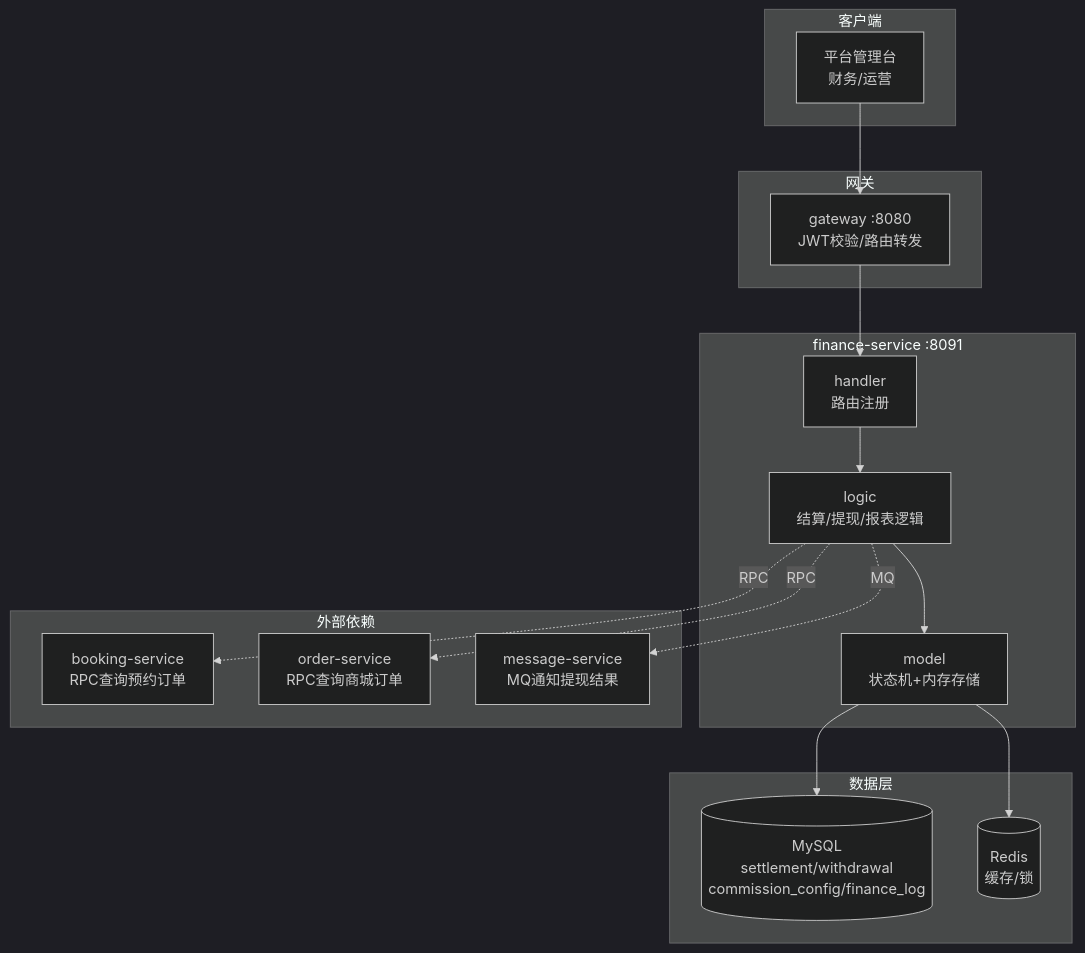
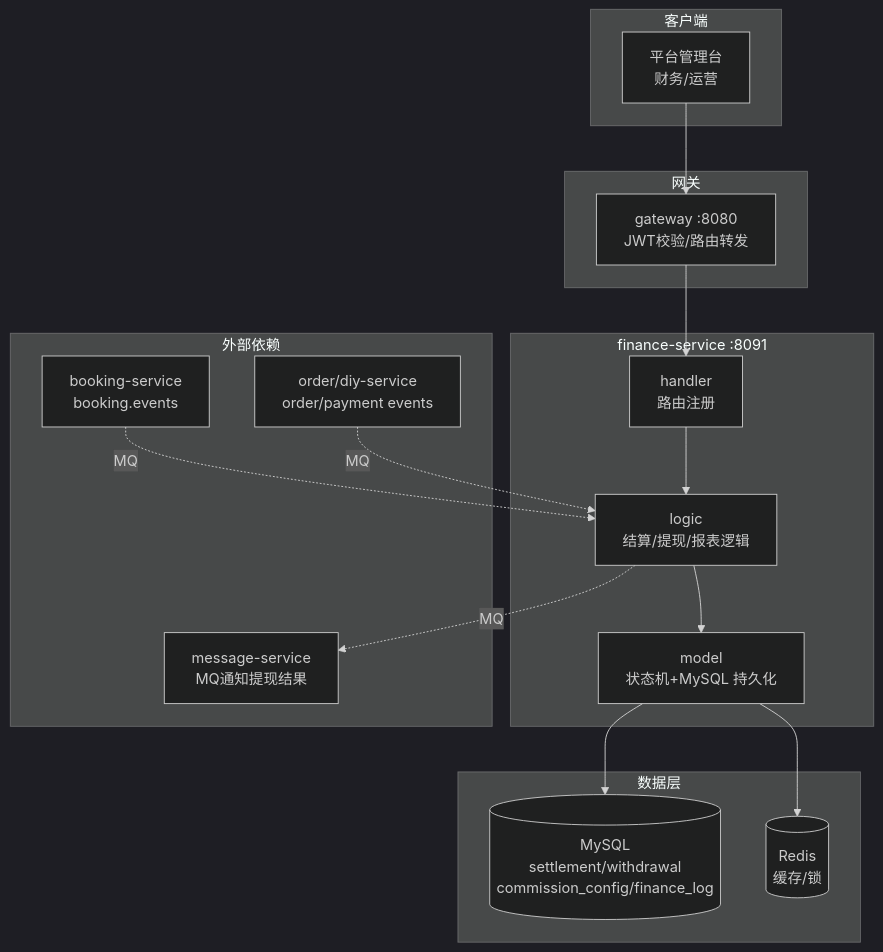
One commit to askxuan-dongfang/askxuan-docs changed the diagram in docs/architecture/services/财务服务.md. Above: the diagram before and after it, drawn with Mermaid (dark theme). The commit also changed other lines of this file and 11 other files, not shown here.

````diff
--- a/docs/architecture/services/财务服务.md
+++ b/docs/architecture/services/财务服务.md
@@ -28,37 +28,37 @@
 ```mermaid
 graph TB
     subgraph 客户端
         ADMIN["平台管理台<br/>财务/运营"]
     end
 
     subgraph 网关
         GW["gateway :8080<br/>JWT校验/路由转发"]
     end
 
     subgraph finance-service["finance-service :8091"]
         HANDLER["handler<br/>路由注册"]
         LOGIC["logic<br/>结算/提现/报表逻辑"]
-        MODEL["model<br/>状态机+内存存储"]
+        MODEL["model<br/>状态机+MySQL 持久化"]
     end
 
     subgraph 数据层
         MYSQL[("MySQL<br/>settlement/withdrawal<br/>commission_config/finance_log")]
         REDIS[("Redis<br/>缓存/锁")]
     end
 
     subgraph 外部依赖
-        BOOKING["booking-service<br/>RPC查询预约订单"]
-        ORDER["order-service<br/>RPC查询商城订单"]
+        BOOKING["booking-service<br/>booking.events"]
+        ORDER["order/diy-service<br/>order/payment events"]
         MSG["message-service<br/>MQ通知提现结果"]
     end
 
     ADMIN --> GW
     GW --> HANDLER
     HANDLER --> LOGIC
     LOGIC --> MODEL
     MODEL --> MYSQL
     MODEL --> REDIS
-    LOGIC -.RPC.-> BOOKING
-    LOGIC -.RPC.-> ORDER
+    BOOKING -.MQ.-> LOGIC
+    ORDER -.MQ.-> LOGIC
     LOGIC -.MQ.-> MSG
 ```
````
